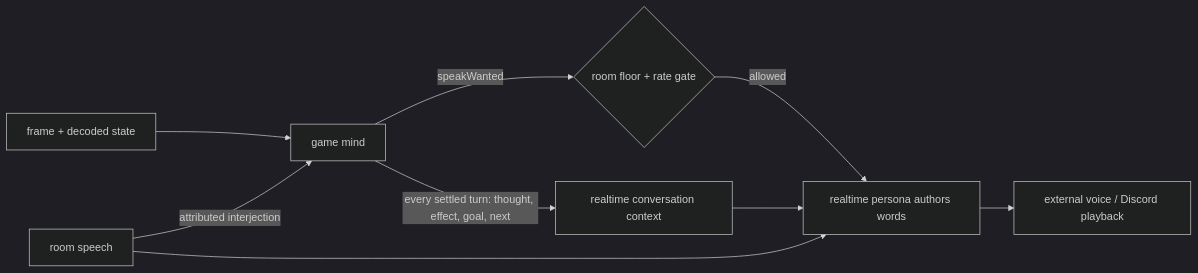
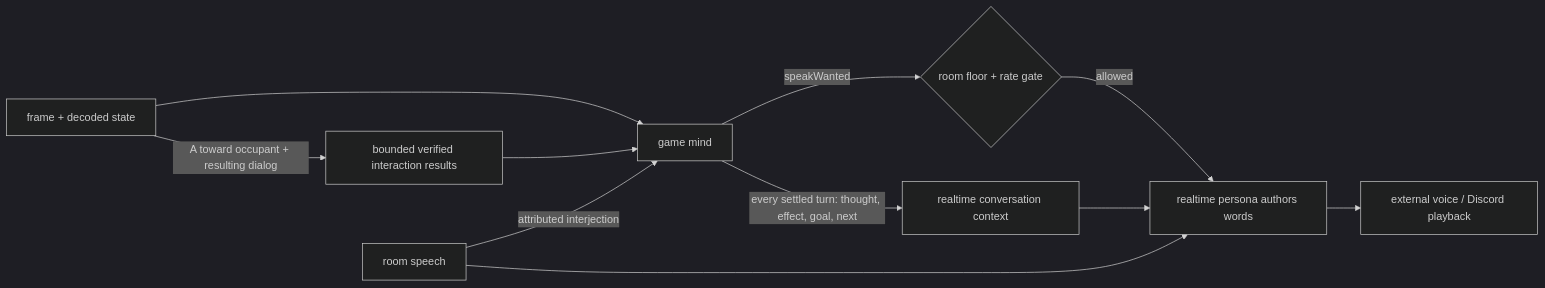
The diagram in docs/adr/0123-the-room-inherits-the-games-experience.md (Volpestyle/clankie), drawn with Mermaid (dark theme) before and after one commit. The commit also changed other lines of this file and 13 other files, not shown here.

````diff
--- a/docs/adr/0123-the-room-inherits-the-games-experience.md
+++ b/docs/adr/0123-the-room-inherits-the-games-experience.md
@@ -37,11 +37,13 @@
 ```mermaid
 flowchart LR
   Screen[frame + decoded state] --> Mind[game mind]
+  Screen -->|A toward occupant + resulting dialog| Facts[bounded verified interaction results]
+  Facts --> Mind
   Mind -->|every settled turn: thought, effect, goal, next| Experience[realtime conversation context]
   Mind -->|speakWanted| Gate{room floor + rate gate}
   Gate -->|allowed| Voice[realtime persona authors words]
   Experience --> Voice
   Room[room speech] --> Voice
   Room -->|attributed interjection| Mind
   Voice --> Mouth[external voice / Discord playback]
 ```
````
